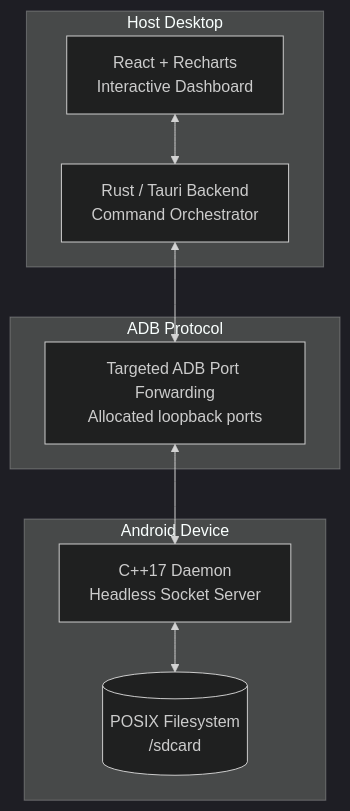
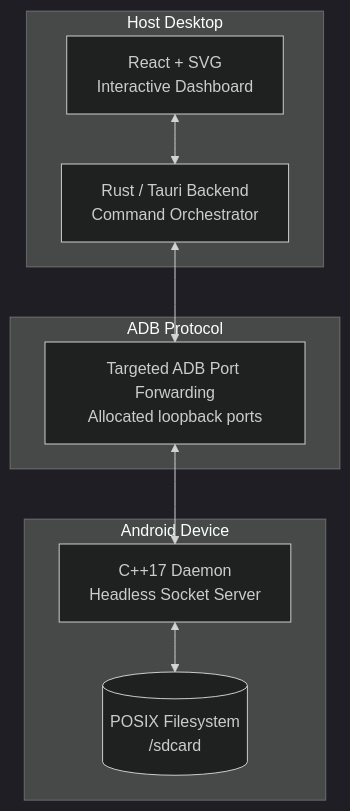
One commit to VishnuSrivatsava/SocketSweep changed the first of 2 diagrams in README.md. Above: the diagram before and after it, drawn with Mermaid (dark theme). The commit also changed other lines of this file, not shown here.

````diff
--- a/README.md
+++ b/README.md
@@ -175,23 +175,23 @@
 ```mermaid
 flowchart TB
     subgraph Host["Host Desktop"]
-        UI["React + Recharts<br>Interactive Dashboard"]
+        UI["React + SVG<br>Interactive Dashboard"]
         Bridge["Rust / Tauri Backend<br>Command Orchestrator"]
         
         UI <--> Bridge
     end
 
     subgraph Transport["ADB Protocol"]
         Tunnel["Targeted ADB Port Forwarding<br>Allocated loopback ports"]
     end
 
     subgraph Device["Android Device"]
         Daemon["C++17 Daemon<br>Headless Socket Server"]
         Storage[("POSIX Filesystem<br>/sdcard")]
         
         Daemon <--> Storage
     end
 
     Bridge <--> Tunnel
     Tunnel <--> Daemon
 ```
````
